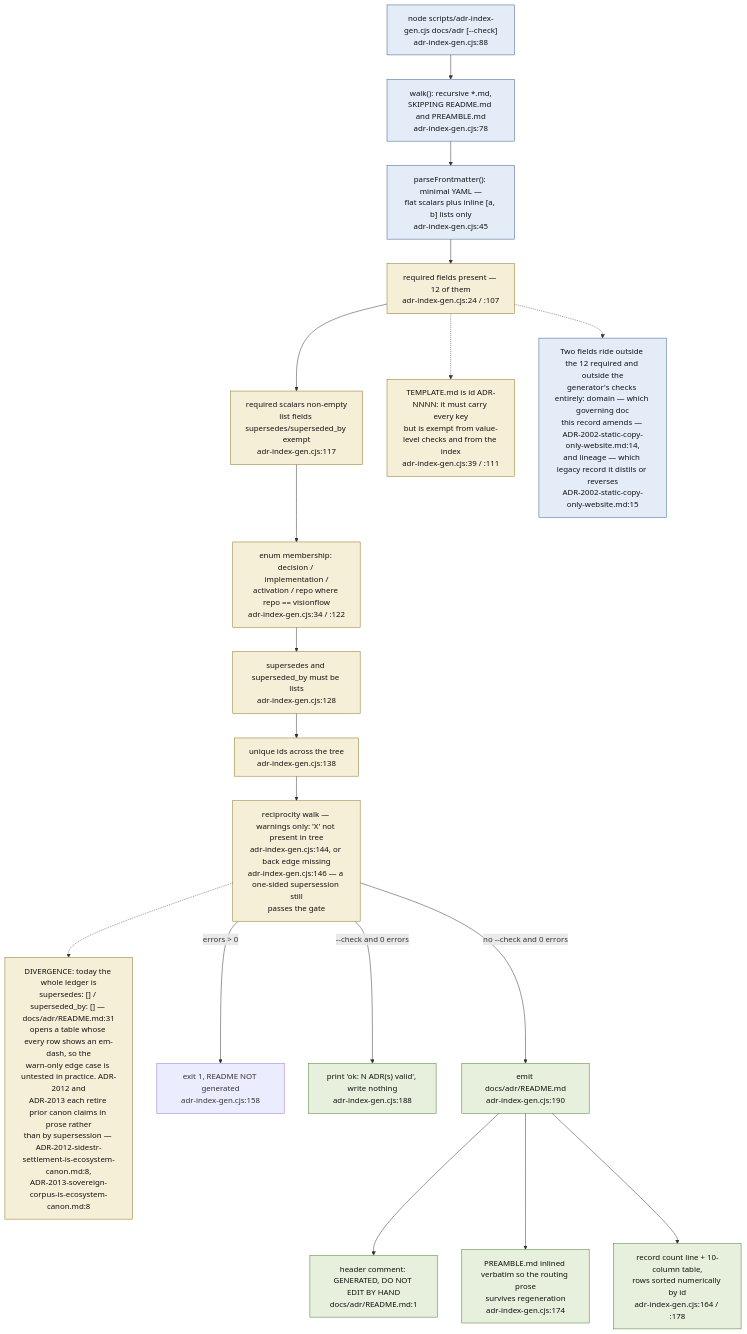
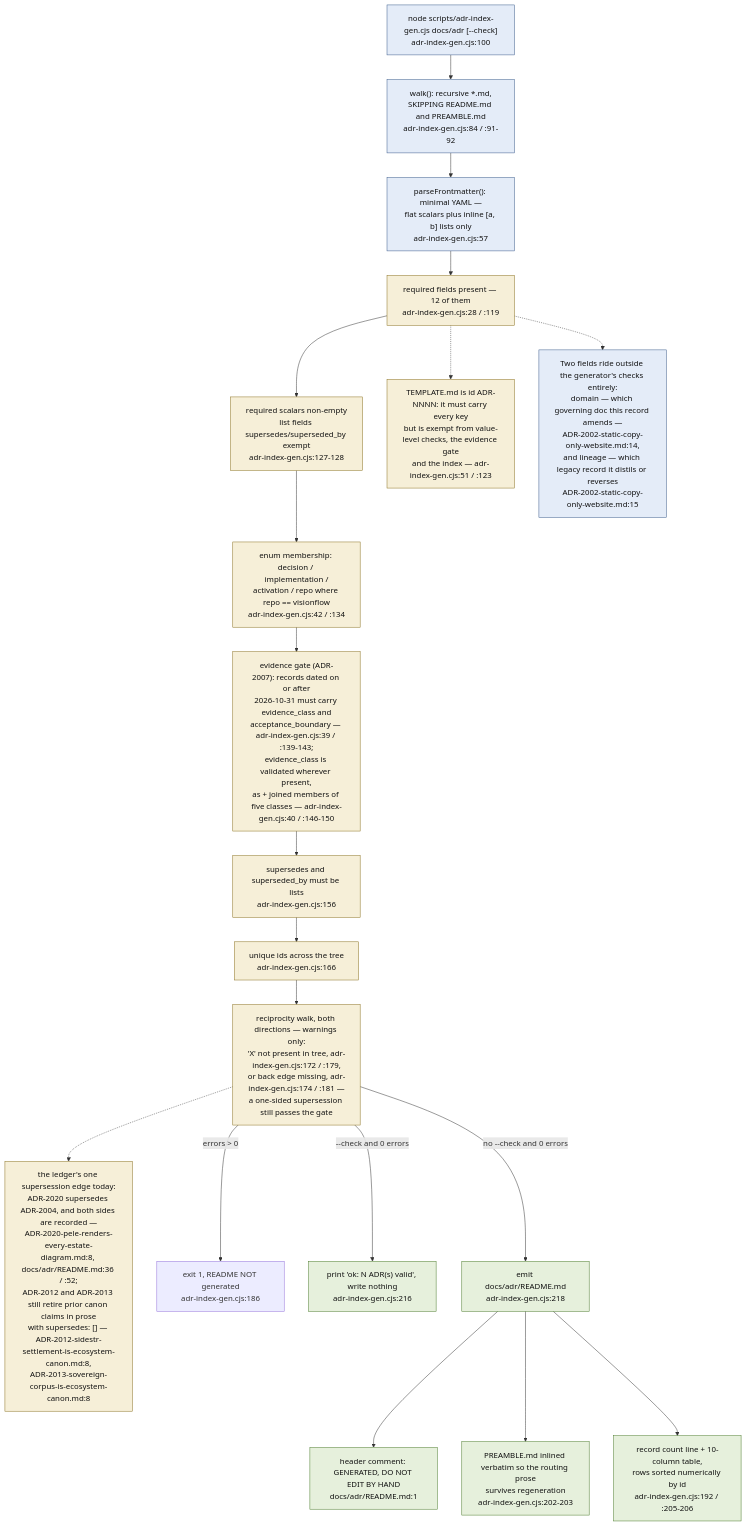
Before and after one commit to DreamLab-AI/VisionFlow: the fourth of 11 diagrams in docs/diagrams/visionflow/01-repo-composition-and-canon.md, drawn with Mermaid. The commit also changed other lines of this file and 91 other files, not shown here.

First line of the commit message:
docs(audit): estate audit wave 2, every repository except agentbox and VisionClaw

````diff
--- a/docs/diagrams/visionflow/01-repo-composition-and-canon.md
+++ b/docs/diagrams/visionflow/01-repo-composition-and-canon.md
@@ -171,34 +181,35 @@
 ```mermaid
 flowchart TB
     classDef io fill:#e4ecf8,stroke:#3a5a8a,color:#111
     classDef check fill:#f6efd8,stroke:#8a7020,color:#111
     classDef out fill:#e6f0dc,stroke:#4a7a2a,color:#111
 
-    CLI["node scripts/adr-index-gen.cjs docs/adr [--check]<br/>adr-index-gen.cjs:88"]:::io
-    CLI --> WALK["walk(): recursive *.md,<br/>SKIPPING README.md and PREAMBLE.md<br/>adr-index-gen.cjs:78"]:::io
-    WALK --> FM["parseFrontmatter(): minimal YAML —<br/>flat scalars plus inline [a, b] lists only<br/>adr-index-gen.cjs:45"]:::io
+    CLI["node scripts/adr-index-gen.cjs docs/adr [--check]<br/>adr-index-gen.cjs:100"]:::io
+    CLI --> WALK["walk(): recursive *.md,<br/>SKIPPING README.md and PREAMBLE.md<br/>adr-index-gen.cjs:84 / :91-92"]:::io
+    WALK --> FM["parseFrontmatter(): minimal YAML —<br/>flat scalars plus inline [a, b] lists only<br/>adr-index-gen.cjs:57"]:::io
 
-    FM --> V1["required fields present — 12 of them<br/>adr-index-gen.cjs:24 / :107"]:::check
-    V1 --> V2["required scalars non-empty<br/>list fields supersedes/superseded_by exempt<br/>adr-index-gen.cjs:117"]:::check
-    V2 --> V3["enum membership: decision / implementation /<br/>activation / repo where repo == visionflow<br/>adr-index-gen.cjs:34 / :122"]:::check
-    V3 --> V4["supersedes and superseded_by must be lists<br/>adr-index-gen.cjs:128"]:::check
-    V4 --> V5["unique ids across the tree<br/>adr-index-gen.cjs:138"]:::check
-    V5 --> V6["reciprocity walk — warnings only: 'X' not present in tree<br/>adr-index-gen.cjs:144, or back edge missing<br/>adr-index-gen.cjs:146 — a one-sided supersession still<br/>passes the gate"]:::check
+    FM --> V1["required fields present — 12 of them<br/>adr-index-gen.cjs:28 / :119"]:::check
+    V1 --> V2["required scalars non-empty<br/>list fields supersedes/superseded_by exempt<br/>adr-index-gen.cjs:127-128"]:::check
+    V2 --> V3["enum membership: decision / implementation /<br/>activation / repo where repo == visionflow<br/>adr-index-gen.cjs:42 / :134"]:::check
+    V3 --> V7["evidence gate (ADR-2007): records dated on or after<br/>2026-10-31 must carry evidence_class and<br/>acceptance_boundary — adr-index-gen.cjs:39 / :139-143;<br/>evidence_class is validated wherever present,<br/>as + joined members of five classes — adr-index-gen.cjs:40 / :146-150"]:::check
+    V7 --> V4["supersedes and superseded_by must be lists<br/>adr-index-gen.cjs:156"]:::check
+    V4 --> V5["unique ids across the tree<br/>adr-index-gen.cjs:166"]:::check
+    V5 --> V6["reciprocity walk, both directions — warnings only:<br/>'X' not present in tree, adr-index-gen.cjs:172 / :179,<br/>or back edge missing, adr-index-gen.cjs:174 / :181 —<br/>a one-sided supersession still passes the gate"]:::check
 
-    DIVERGE["DIVERGENCE: today the whole ledger is<br/>supersedes: [] / superseded_by: [] — docs/adr/README.md:31<br/>opens a table whose every row shows an em-dash, so the<br/>warn-only edge case is untested in practice. ADR-2012 and<br/>ADR-2013 each retire prior canon claims in prose rather<br/>than by supersession — ADR-2012-sidestr-settlement-is-ecosystem-canon.md:8,<br/>ADR-2013-sovereign-corpus-is-ecosystem-canon.md:8"]:::check
-    V6 -.-> DIVERGE
+    EDGE["the ledger's one supersession edge today:<br/>ADR-2020 supersedes ADR-2004, and both sides are recorded —<br/>ADR-2020-pele-renders-every-estate-diagram.md:8, docs/adr/README.md:36 / :52;<br/>ADR-2012 and ADR-2013 still retire prior canon claims in prose<br/>with supersedes: [] — ADR-2012-sidestr-settlement-is-ecosystem-canon.md:8,<br/>ADR-2013-sovereign-corpus-is-ecosystem-canon.md:8"]:::check
+    V6 -.-> EDGE
 
-    V6 -->|"errors > 0"| FAIL["exit 1, README NOT generated<br/>adr-index-gen.cjs:158"]
-    V6 -->|"--check and 0 errors"| CHECKOK["print 'ok: N ADR(s) valid', write nothing<br/>adr-index-gen.cjs:188"]:::out
-    V6 -->|"no --check and 0 errors"| EMIT["emit docs/adr/README.md<br/>adr-index-gen.cjs:190"]:::out
+    V6 -->|"errors > 0"| FAIL["exit 1, README NOT generated<br/>adr-index-gen.cjs:186"]
+    V6 -->|"--check and 0 errors"| CHECKOK["print 'ok: N ADR(s) valid', write nothing<br/>adr-index-gen.cjs:216"]:::out
+    V6 -->|"no --check and 0 errors"| EMIT["emit docs/adr/README.md<br/>adr-index-gen.cjs:218"]:::out
 
     EMIT --> P1["header comment: GENERATED, DO NOT EDIT BY HAND<br/>docs/adr/README.md:1"]:::out
-    EMIT --> P2["PREAMBLE.md inlined verbatim so the routing prose<br/>survives regeneration<br/>adr-index-gen.cjs:174"]:::out
-    EMIT --> P3["record count line + 10-column table,<br/>rows sorted numerically by id<br/>adr-index-gen.cjs:164 / :178"]:::out
+    EMIT --> P2["PREAMBLE.md inlined verbatim so the routing prose<br/>survives regeneration<br/>adr-index-gen.cjs:202-203"]:::out
+    EMIT --> P3["record count line + 10-column table,<br/>rows sorted numerically by id<br/>adr-index-gen.cjs:192 / :205-206"]:::out
 
-    EXEMPT["TEMPLATE.md is id ADR-NNNN: it must carry every key<br/>but is exempt from value-level checks and from the index<br/>adr-index-gen.cjs:39 / :111"]:::check
+    EXEMPT["TEMPLATE.md is id ADR-NNNN: it must carry every key<br/>but is exempt from value-level checks, the evidence gate<br/>and the index — adr-index-gen.cjs:51 / :123"]:::check
     V1 -.-> EXEMPT
 
-    OPT["Two fields ride outside the 12 required and outside the<br/>generator's checks entirely: domain — which governing doc<br/>this record amends — ADR-2002-static-copy-only-website.md:14,<br/>and lineage — which legacy record it distils or reverses<br/>ADR-2002-static-copy-only-website.md:15"]:::io
+    OPT["Two fields ride outside the generator's checks entirely:<br/>domain — which governing doc this record amends —<br/>ADR-2002-static-copy-only-website.md:14,<br/>and lineage — which legacy record it distils or reverses<br/>ADR-2002-static-copy-only-website.md:15"]:::io
     V1 -.-> OPT
 ```
````
